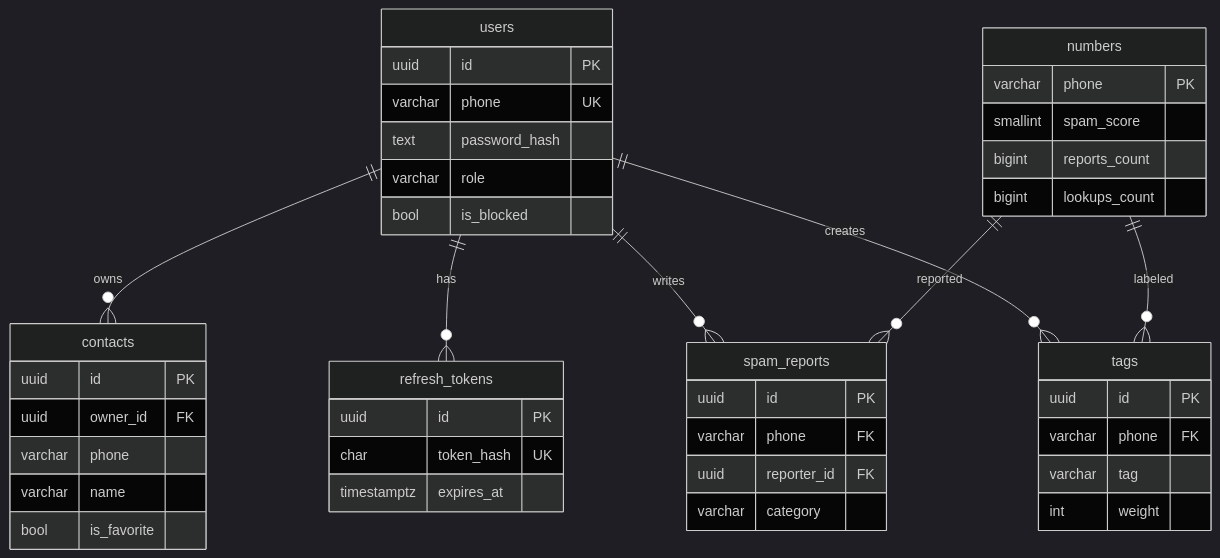
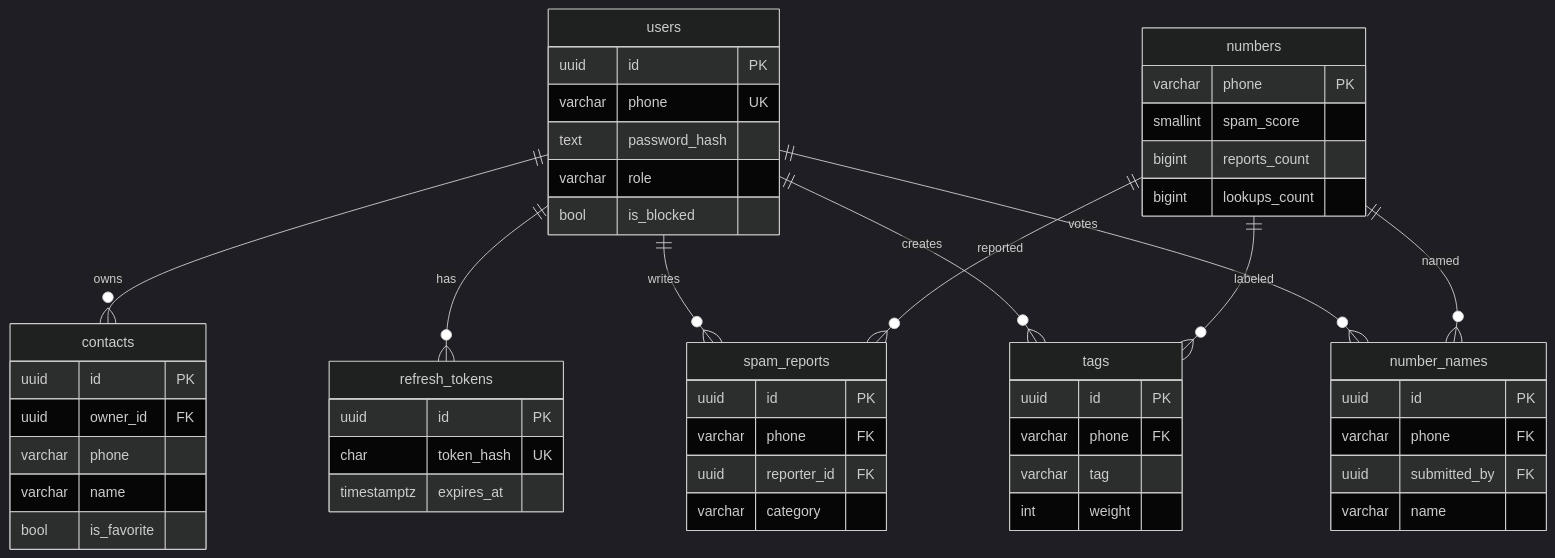
The third of 3 diagrams in README.md (JamikKhidirov/GetContactBackend), drawn with Mermaid (dark theme) before and after one commit. The commit also changed other lines of this file and 36 other files, not shown here.

````diff
--- a/README.md
+++ b/README.md
@@ -318,47 +338,55 @@
 ```mermaid
 erDiagram
     users ||--o{ contacts : owns
     users ||--o{ refresh_tokens : has
     users ||--o{ spam_reports : writes
     users ||--o{ tags : creates
+    users ||--o{ number_names : votes
     numbers ||--o{ tags : labeled
     numbers ||--o{ spam_reports : reported
+    numbers ||--o{ number_names : named
 
     users {
         uuid id PK
         varchar phone UK
         text password_hash
         varchar role
         bool is_blocked
     }
     contacts {
         uuid id PK
         uuid owner_id FK
         varchar phone
         varchar name
         bool is_favorite
     }
     numbers {
         varchar phone PK
         smallint spam_score
         bigint reports_count
         bigint lookups_count
     }
     tags {
         uuid id PK
         varchar phone FK
         varchar tag
         int weight
     }
+    number_names {
+        uuid id PK
+        varchar phone FK
+        uuid submitted_by FK
+        varchar name
+    }
     spam_reports {
         uuid id PK
         varchar phone FK
         uuid reporter_id FK
         varchar category
     }
     refresh_tokens {
         uuid id PK
         char token_hash UK
         timestamptz expires_at
     }
 ```
````
